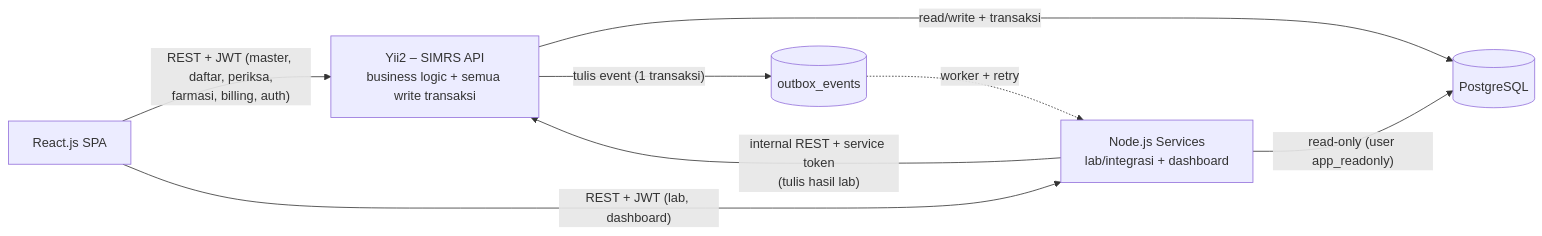
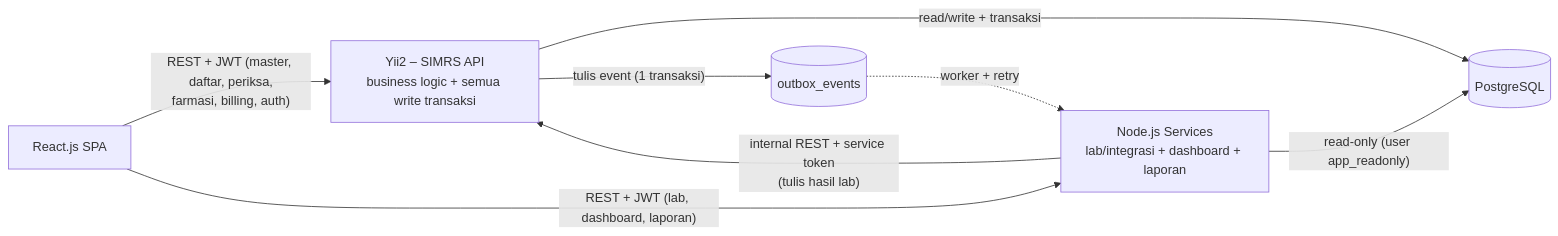
Before and after one commit to mochmutaqin/simrs-rawat-jalan: the first of 2 diagrams in docs/01_arsitektur.md, drawn with Mermaid. The commit also changed other lines of this file and 183 other files, not shown here.

````diff
--- a/docs/01_arsitektur.md
+++ b/docs/01_arsitektur.md
@@ -7,16 +9,16 @@
 ```mermaid
 flowchart LR
     FE["React.js SPA"]
     YII["Yii2 – SIMRS API<br/>business logic + semua write transaksi"]
-    NODE["Node.js Services<br/>lab/integrasi + dashboard"]
+    NODE["Node.js Services<br/>lab/integrasi + dashboard + laporan"]
     DB[("PostgreSQL")]
     OUT[("outbox_events")]
 
     FE -- "REST + JWT (master, daftar, periksa,<br/>farmasi, billing, auth)" --> YII
-    FE -- "REST + JWT (lab, dashboard)" --> NODE
+    FE -- "REST + JWT (lab, dashboard, laporan)" --> NODE
     YII -- "read/write + transaksi" --> DB
     YII -- "tulis event (1 transaksi)" --> OUT
     OUT -. "worker + retry" .-> NODE
     NODE -- "read-only (user app_readonly)" --> DB
     NODE -- "internal REST + service token<br/>(tulis hasil lab)" --> YII
 ```
````
